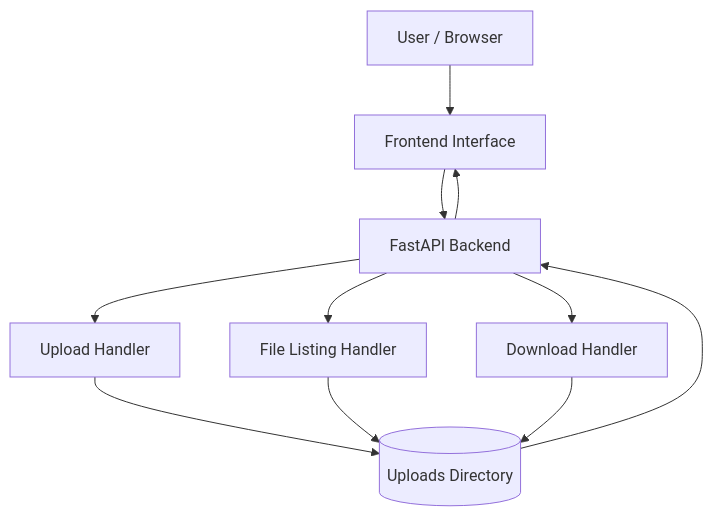
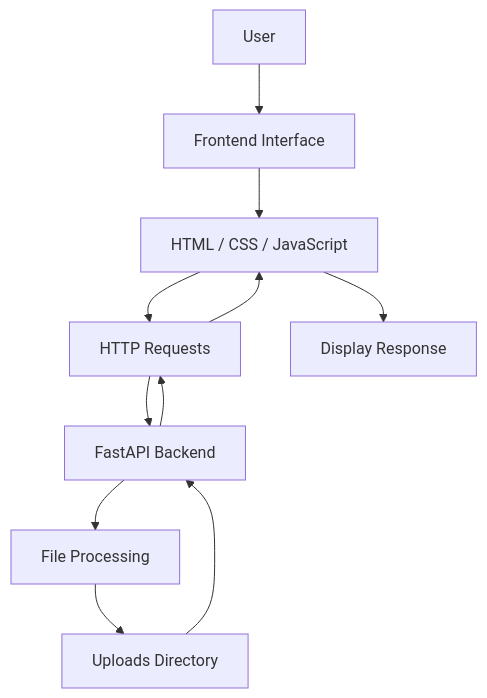
The first of 2 diagrams in File-Sharing-Server/README.md (bharat19334/DevOps-Tasks), drawn with Mermaid before and after one commit. The commit also changed other lines of this file, not shown here.

````diff
--- a/File-Sharing-Server/README.md
+++ b/File-Sharing-Server/README.md
@@ -55,16 +62,13 @@
 ```mermaid
 flowchart TD
-    A["User / Browser"] --> B["Frontend Interface"]
-    B --> C["FastAPI Backend"]
-
-    C --> D["Upload Handler"]
-    C --> E["File Listing Handler"]
-    C --> F["Download Handler"]
-
-    D --> G[("Uploads Directory")]
-    E --> G
-    F --> G
-
-    G --> C
-    C --> B
+    A[User] --> B[Frontend Interface]
+    B --> C[HTML / CSS / JavaScript]
+    C --> D[HTTP Requests]
+    D --> E[FastAPI Backend]
+    E --> F[File Processing]
+    F --> G[Uploads Directory]
+    G --> E
+    E --> D
+    D --> C
+    C --> H[Display Response]
 ```
````
